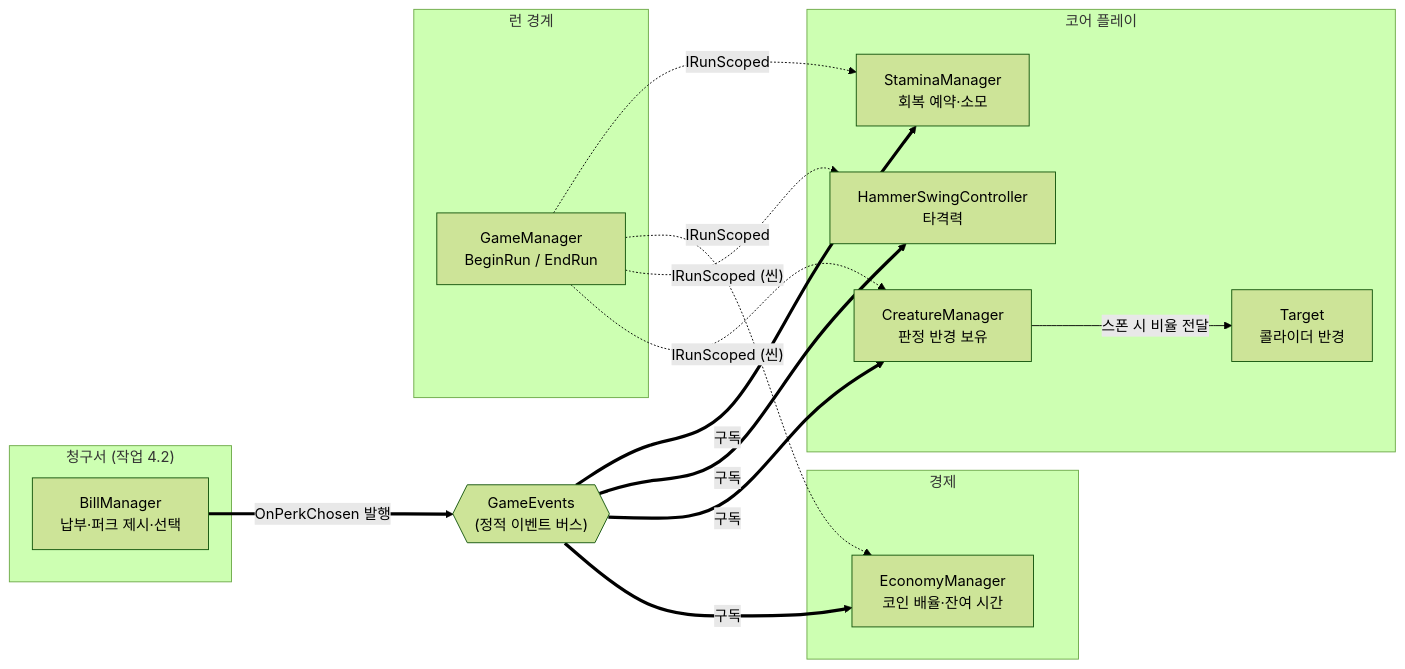
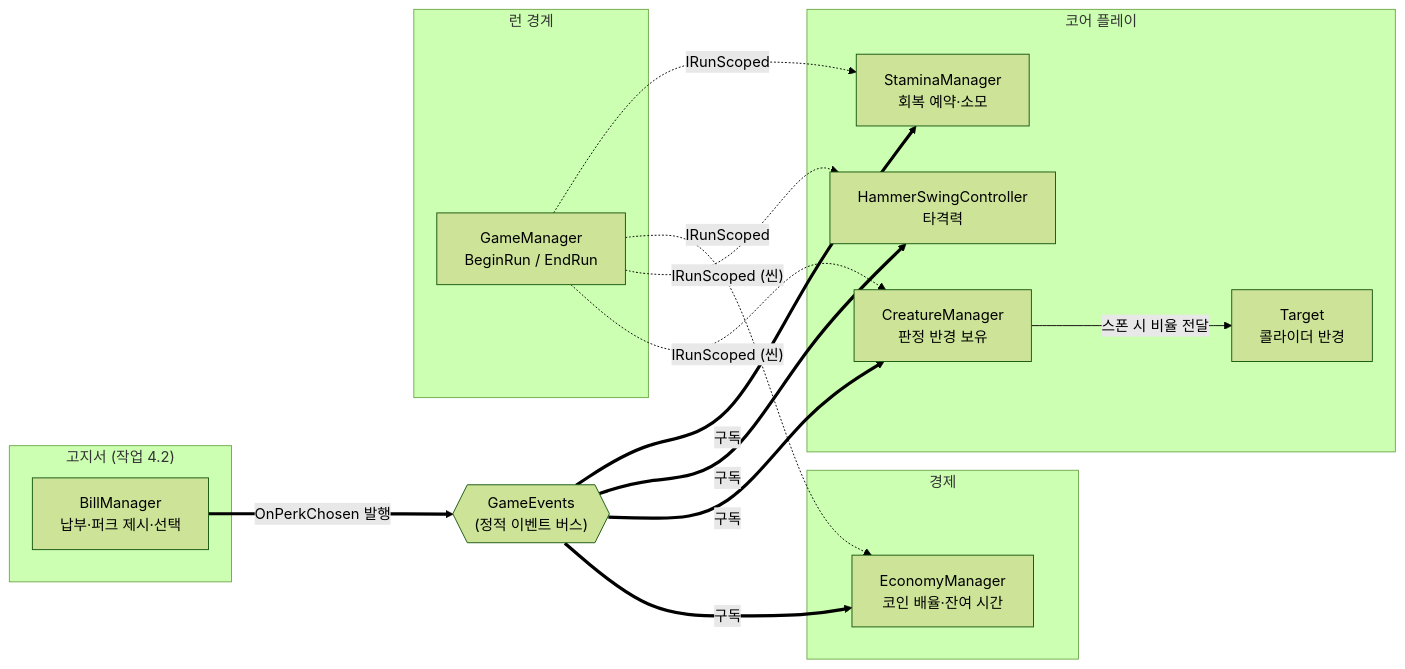
The diagram in docs/TECH_NOTES/perks.md (KDNA-Gwangju-1/NCAIClicker), drawn with Mermaid (forest theme) before and after one commit. The commit also changed other lines of this file and 66 other files, not shown here.

````diff
--- a/docs/TECH_NOTES/perks.md
+++ b/docs/TECH_NOTES/perks.md
@@ -68,34 +68,34 @@
 ```mermaid
 flowchart LR
-  subgraph Bills["청구서 (작업 4.2)"]
+  subgraph Bills["고지서 (작업 4.2)"]
     bill["BillManager<br/>납부·퍼크 제시·선택"]
   end
 
   subgraph Core["코어 플레이"]
     stamina["StaminaManager<br/>회복 예약·소모"]
     hammer["HammerSwingController<br/>타격력"]
     creatures["CreatureManager<br/>판정 반경 보유"]
     target["Target<br/>콜라이더 반경"]
   end
 
   subgraph Economy["경제"]
     econ["EconomyManager<br/>코인 배율·잔여 시간"]
   end
 
   subgraph Run["런 경계"]
     gm["GameManager<br/>BeginRun / EndRun"]
   end
 
   events{{"GameEvents<br/>(정적 이벤트 버스)"}}
 
   bill == "OnPerkChosen 발행" ==> events
   events == "구독" ==> stamina
   events == "구독" ==> hammer
   events == "구독" ==> creatures
   events == "구독" ==> econ
   creatures -- "스폰 시 비율 전달" --> target
   gm -. "IRunScoped" .-> stamina
   gm -. "IRunScoped" .-> econ
   gm -. "IRunScoped (씬)" .-> hammer
   gm -. "IRunScoped (씬)" .-> creatures
 ```
````
